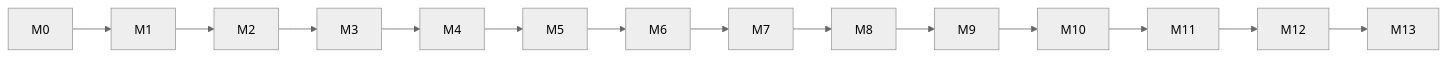
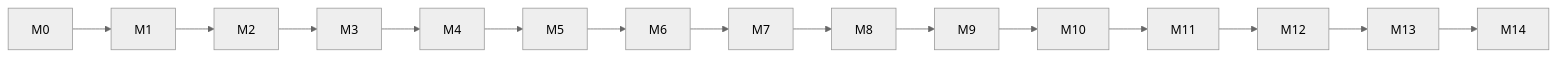
Before and after one commit to Ishaan488/career-copilot: the diagram in docs/17-implementation-plan.md, drawn with Mermaid (neutral theme). The commit also changed other lines of this file and 20 other files, not shown here.

````diff
--- a/docs/17-implementation-plan.md
+++ b/docs/17-implementation-plan.md
@@ -5,4 +5,4 @@
 ```mermaid
 flowchart LR
- M0-->M1-->M2-->M3-->M4-->M5-->M6-->M7-->M8-->M9-->M10-->M11-->M12-->M13
+ M0-->M1-->M2-->M3-->M4-->M5-->M6-->M7-->M8-->M9-->M10-->M11-->M12-->M13-->M14
 ```
````
